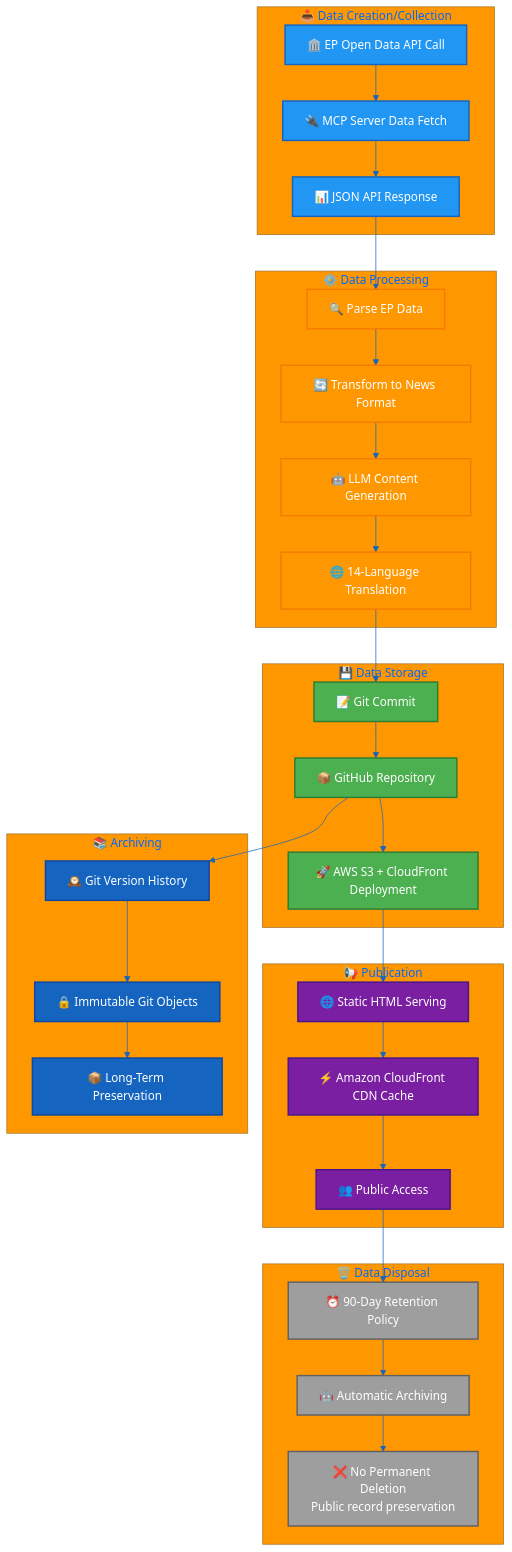
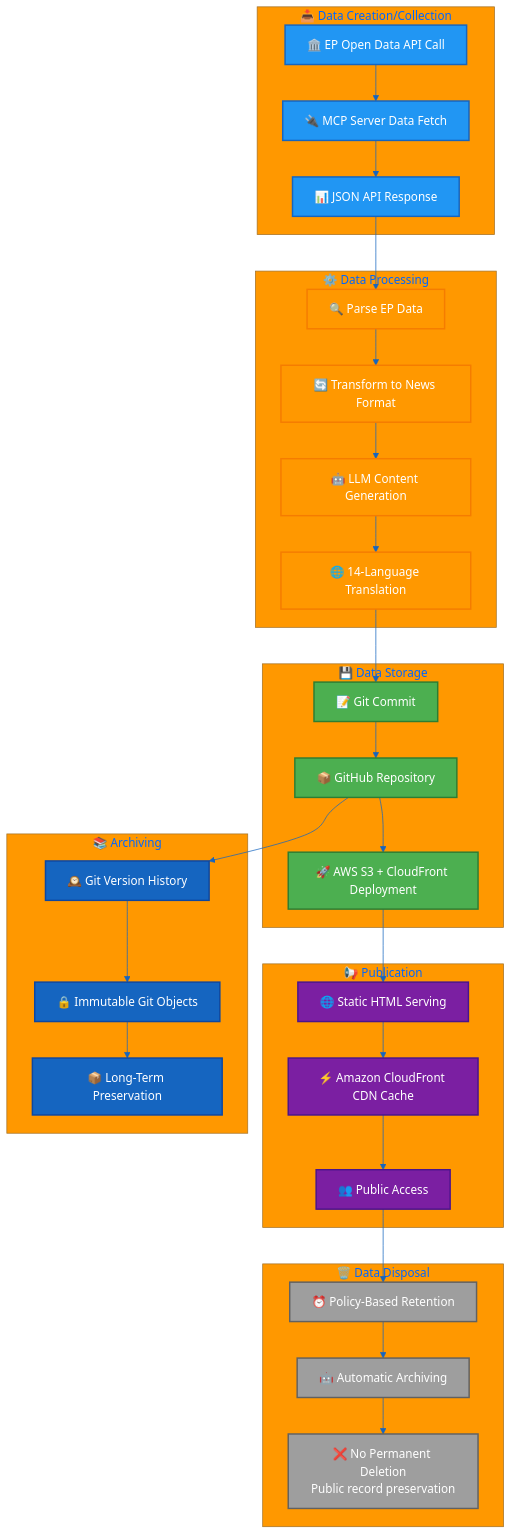
The third of 4 diagrams in CLASSIFICATION.md (Hack23/euparliamentmonitor), drawn with Mermaid before and after one commit. The commit also changed other lines of this file, not shown here.

Commit message:
docs: fix GDPR accuracy, GPG signing claims, retention inconsistency, undefined classDef, TLS version, and SHA hash claims

```diff
--- a/CLASSIFICATION.md
+++ b/CLASSIFICATION.md
@@ -531,7 +531,7 @@
     end
     
     subgraph DISPOSAL["🗑️ Data Disposal"]
-        RETENTION[⏰ 90-Day Retention Policy]
+        RETENTION[⏰ Policy-Based Retention]
         AUTO_ARCHIVE[🤖 Automatic Archiving]
         NO_DELETION[❌ No Permanent Deletion<br/>Public record preservation]
     end
```
